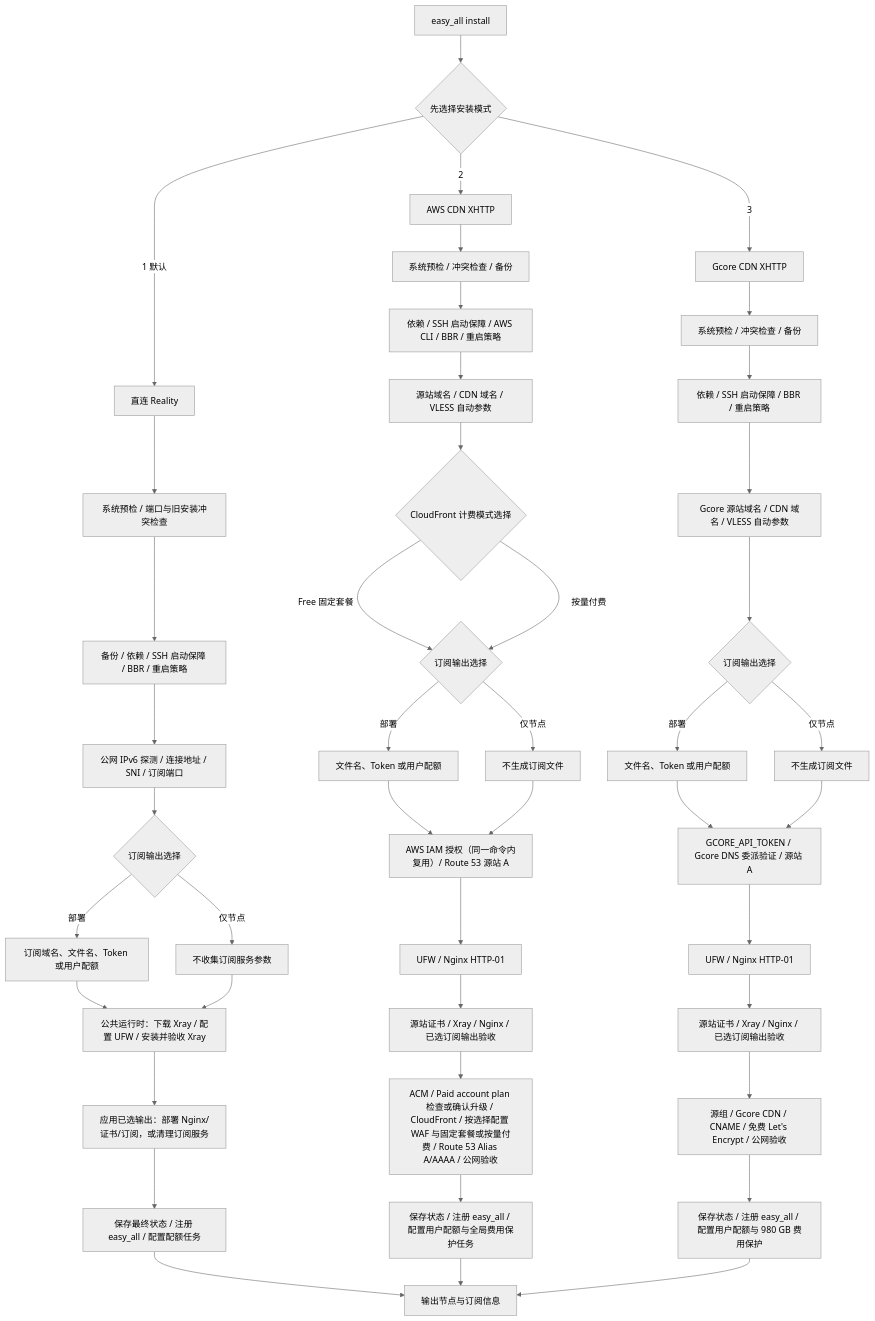
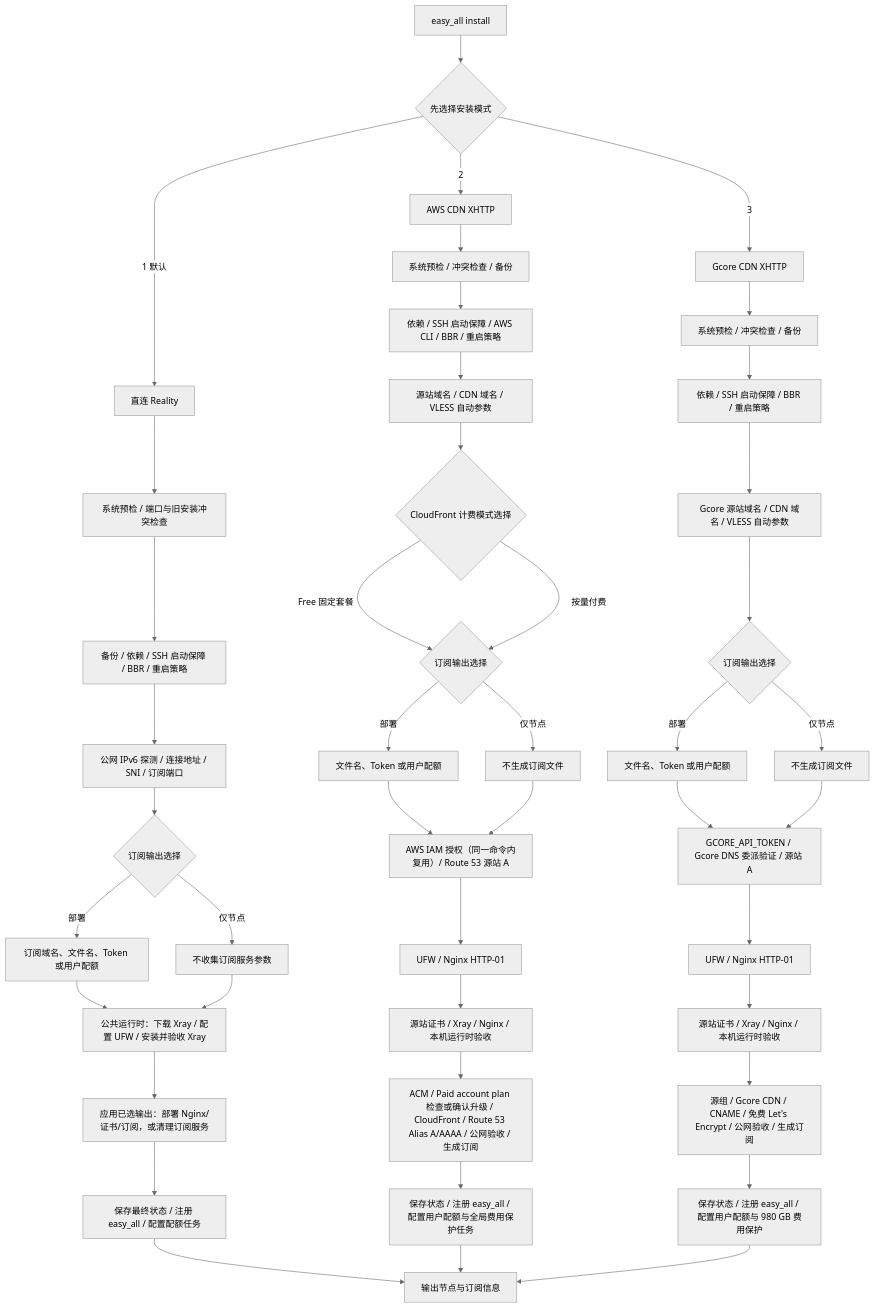
The diagram in README.md (v2yiz/easy_all), drawn with Mermaid (neutral theme) before and after one commit. The commit also changed other lines of this file and 11 other files, not shown here.

````diff
--- a/README.md
+++ b/README.md
@@ -74,49 +74,49 @@
 ```mermaid
 flowchart TD
     A[easy_all install] --> B{先选择安装模式}
 
     B -->|1 默认| R0[直连 Reality]
     R0 --> R1[系统预检 / 端口与旧安装冲突检查]
     R1 --> R2[备份 / 依赖 / SSH 启动保障 / BBR / 重启策略]
     R2 --> R3[公网 IPv6 探测 / 连接地址 / SNI / 订阅端口]
     R3 --> R4{订阅输出选择}
     R4 -->|部署| R5[订阅域名、文件名、Token 或用户配额]
     R4 -->|仅节点| R6[不收集订阅服务参数]
     R5 --> R7[公共运行时：下载 Xray / 配置 UFW / 安装并验收 Xray]
     R6 --> R7
     R7 --> R8[应用已选输出：部署 Nginx/证书/订阅，或清理订阅服务]
     R8 --> R9[保存最终状态 / 注册 easy_all / 配置配额任务]
     R9 --> Z[输出节点与订阅信息]
 
     B -->|2| X0[AWS CDN XHTTP]
     X0 --> X1[系统预检 / 冲突检查 / 备份]
     X1 --> X2[依赖 / SSH 启动保障 / AWS CLI / BBR / 重启策略]
     X2 --> X3[源站域名 / CDN 域名 / VLESS 自动参数]
     X3 --> X3A{CloudFront 计费模式选择}
     X3A -->|Free 固定套餐| X4{订阅输出选择}
     X3A -->|按量付费| X4
     X4 -->|部署| X5[文件名、Token 或用户配额]
     X4 -->|仅节点| X6[不生成订阅文件]
     X5 --> X7[AWS IAM 授权（同一命令内复用）/ Route 53 源站 A]
     X6 --> X7
     X7 --> X8[UFW / Nginx HTTP-01]
-    X8 --> X9[源站证书 / Xray / Nginx / 已选订阅输出验收]
-    X9 --> X10[ACM / Paid account plan 检查或确认升级 / CloudFront / 按选择配置 WAF 与固定套餐或按量付费 / Route 53 Alias A/AAAA / 公网验收]
+    X8 --> X9[源站证书 / Xray / Nginx / 本机运行时验收]
+    X9 --> X10[ACM / Paid account plan 检查或确认升级 / CloudFront / Route 53 Alias A/AAAA / 公网验收 / 生成订阅]
     X10 --> X11[保存状态 / 注册 easy_all / 配置用户配额与全局费用保护任务]
     X11 --> Z
 
     B -->|3| G0[Gcore CDN XHTTP]
     G0 --> G1[系统预检 / 冲突检查 / 备份]
     G1 --> G2[依赖 / SSH 启动保障 / BBR / 重启策略]
     G2 --> G3[Gcore 源站域名 / CDN 域名 / VLESS 自动参数]
     G3 --> G4{订阅输出选择}
     G4 -->|部署| G5[文件名、Token 或用户配额]
     G4 -->|仅节点| G6[不生成订阅文件]
     G5 --> G7[GCORE_API_TOKEN / Gcore DNS 委派验证 / 源站 A]
     G6 --> G7
     G7 --> G8[UFW / Nginx HTTP-01]
-    G8 --> G9[源站证书 / Xray / Nginx / 已选订阅输出验收]
-    G9 --> G10[源组 / Gcore CDN / CNAME / 免费 Let's Encrypt / 公网验收]
+    G8 --> G9[源站证书 / Xray / Nginx / 本机运行时验收]
+    G9 --> G10[源组 / Gcore CDN / CNAME / 免费 Let's Encrypt / 公网验收 / 生成订阅]
     G10 --> G11[保存状态 / 注册 easy_all / 配置用户配额与 980 GB 费用保护]
     G11 --> Z
 ```
````
